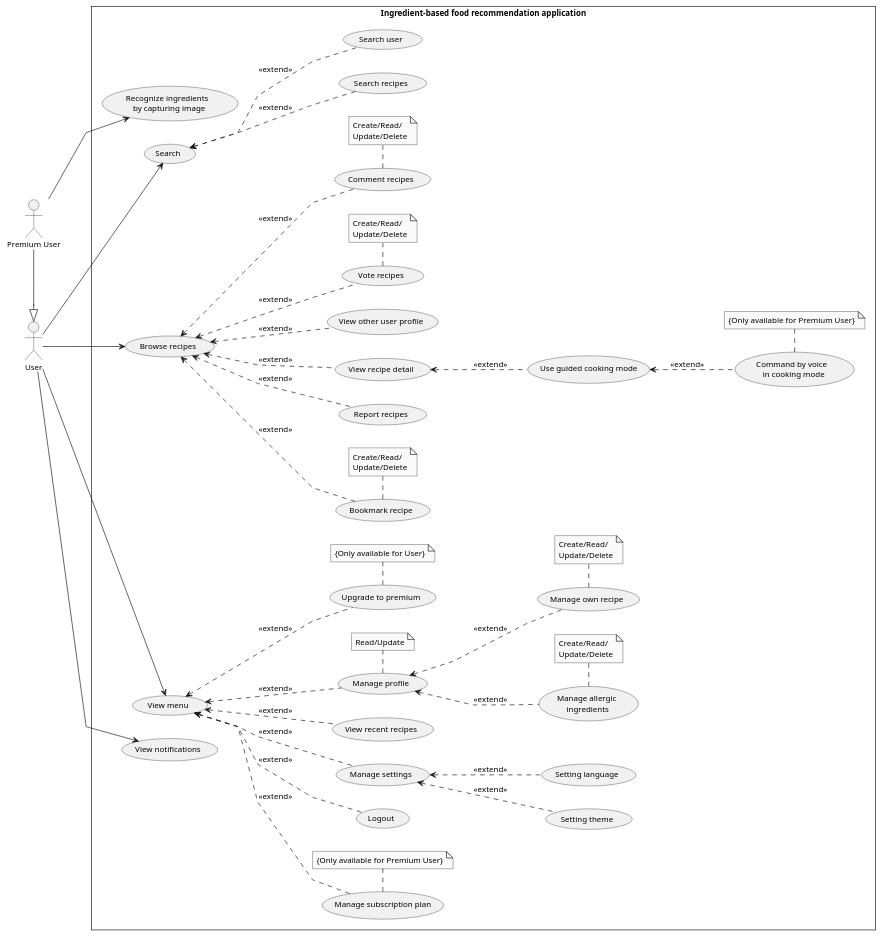
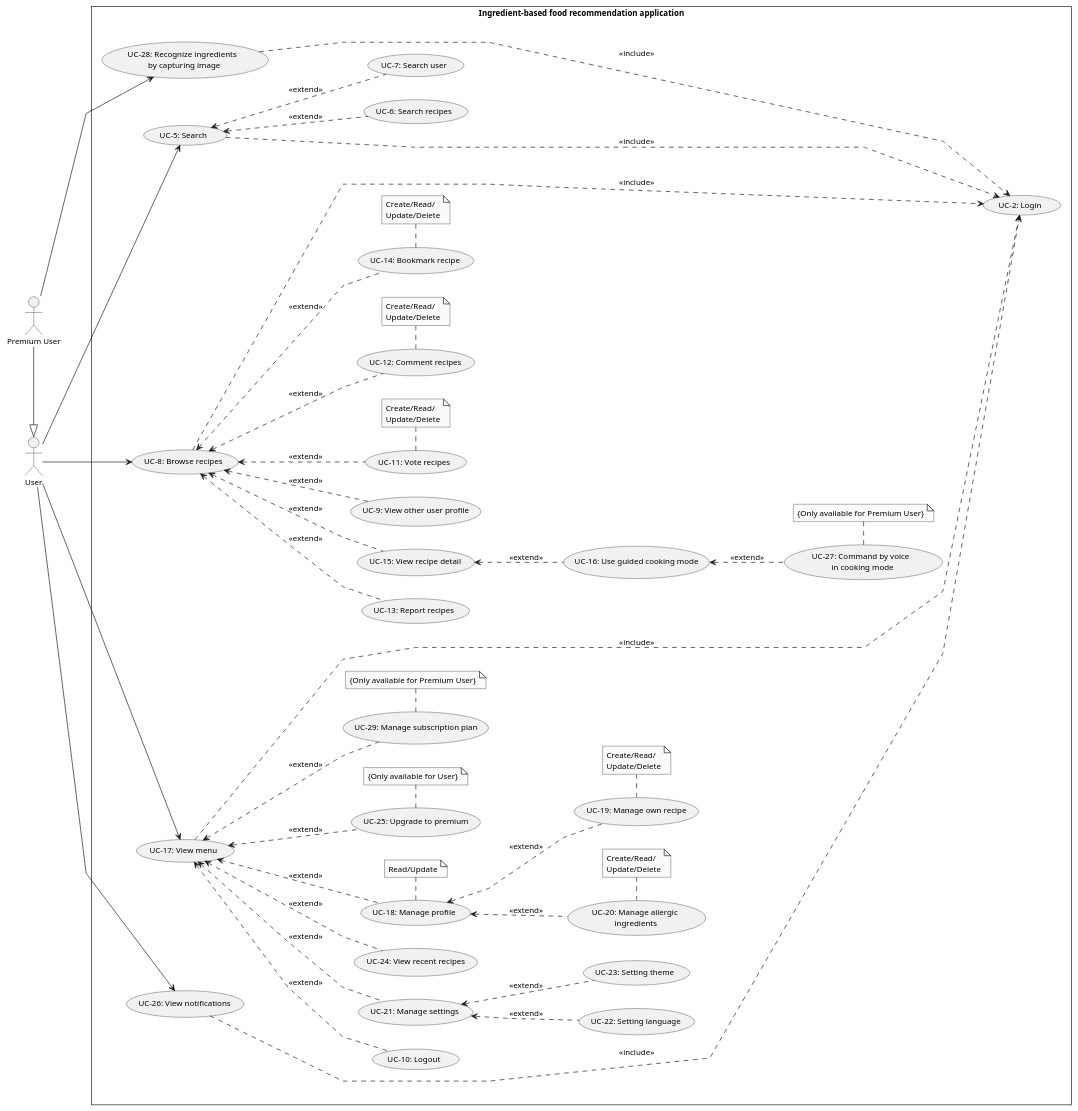
The diagram in doc/SRS/Usecase/UserUsecase.plantuml (Carl-Johnsons/tastopia), drawn with PlantUML before and after one commit. The commit also changed 2 other files, not shown here.

Commit message:
doc: add include login and numbering usecase

```diff
--- a/doc/SRS/Usecase/UserUsecase.plantuml
+++ b/doc/SRS/Usecase/UserUsecase.plantuml
@@ -1,103 +1,107 @@
 @startuml UserUsecase
 skinparam style strictuml
 skinparam monochrome true
 skinparam linetype polyline
 skinparam defaultFontSize 12
 left to right direction
 actor "User" as user
 actor "Premium User" as pUser
 ' actor "Admin" as admin
 rectangle Ingredient-based<U+0020>food<U+0020>recommendation<U+0020>application {
-    usecase "Logout" as ucLogout
+    usecase "UC-2: Login" as ucLogin
+    usecase "UC-10: Logout" as ucLogout
 
-    usecase "Search" as ucSearch
-    usecase "Search recipes" as ucSearchRecipes
-    usecase "Search user" as ucSearchUser
+    usecase "UC-5: Search" as ucSearch
+    usecase "UC-6: Search recipes" as ucSearchRecipes
+    usecase "UC-7: Search user" as ucSearchUser
 
-    usecase "Browse recipes" as ucBrowseRecipes
-    usecase "Vote recipes" as ucVoteRecipe
-    usecase "Comment recipes" as ucCmtRecipe
-    usecase "Report recipes" as ucReportRecipe
-    usecase "Bookmark recipe" as ucBookmarkRecipe
-    usecase "View recipe detail" as ucViewRecipeDetail
-    usecase "Use guided cooking mode" as ucGuidedCCM
-    usecase "View other user profile" as ucViewUSProfile
+    usecase "UC-8: Browse recipes" as ucBrowseRecipes
+    usecase "UC-11: Vote recipes" as ucVoteRecipe
+    usecase "UC-12: Comment recipes" as ucCmtRecipe
+    usecase "UC-13: Report recipes" as ucReportRecipe
+    usecase "UC-14: Bookmark recipe" as ucBookmarkRecipe
+    usecase "UC-15: View recipe detail" as ucViewRecipeDetail
+    usecase "UC-16: Use guided cooking mode" as ucGuidedCCM
+    usecase "UC-9: View other user profile" as ucViewUSProfile
 
-    usecase "View menu" as ucViewMenu
-    usecase "Manage profile" as ucManageProfile
-    usecase "Manage own recipe" as ucManageRecipe
-    usecase "Manage allergic\n ingredients" as ucManageAller
-    usecase "Manage settings" as ucManageSetting
-    usecase "Setting language" as ucSetLang
-    usecase "Setting theme" as ucSetTheme
-    usecase "View recent recipes" as ucViewRecentRecipes
-    usecase "Upgrade to premium" as ucUpgradeToPremium
+    usecase "UC-17: View menu" as ucViewMenu
+    usecase "UC-18: Manage profile" as ucManageProfile
+    usecase "UC-19: Manage own recipe" as ucManageRecipe
+    usecase "UC-20: Manage allergic\n ingredients" as ucManageAller
+    usecase "UC-21: Manage settings" as ucManageSetting
+    usecase "UC-22: Setting language" as ucSetLang
+    usecase "UC-23: Setting theme" as ucSetTheme
+    usecase "UC-24: View recent recipes" as ucViewRecentRecipes
+    usecase "UC-25: Upgrade to premium" as ucUpgradeToPremium
 
-    usecase "View notifications" as ucViewNotif
+    usecase "UC-26: View notifications" as ucViewNotif
+    
     note "Create/Read/\nUpdate/Delete" as noteManageRecipe
     note "Create/Read/\nUpdate/Delete" as noteManageAller
     note "Read/Update" as noteManageProfile
     note "Create/Read/\nUpdate/Delete" as noteVoteRecipe
     note "Create/Read/\nUpdate/Delete" as noteCmtRecipe
     note "Create/Read/\nUpdate/Delete" as noteBookmarkRecipe
     note "{Only available for User}" as noteUpgradeToPremium
 
-    
-'   usecase "View statistic" as ucViewStatistic
-'   usecase "View report" as ucViewRepost
-'   usecase "Administer users" as ucAdmUser
-'   usecase "Administer permission" as ucAdmPermis
-'   usecase "Administer recipes" as ucAdmRecipe
-'   usecase "Administer recipes" as ucAdmRecipes
-'   usecase "Administer ingredients" as ucAdmIngre
+
     user --> ucSearch
         ucSearch <.. ucSearchUser : <<extend>>
         ucSearch <.. ucSearchRecipes : <<extend>>
 
     user --> ucBrowseRecipes
         ucBrowseRecipes <.. ucVoteRecipe : <<extend>>
             ucVoteRecipe . noteVoteRecipe
         ucBrowseRecipes <.. ucCmtRecipe : <<extend>>
             ucCmtRecipe . noteCmtRecipe
         ucBrowseRecipes <.. ucReportRecipe : <<extend>>
         ucBrowseRecipes <.. ucViewRecipeDetail : <<extend>>
             ucViewRecipeDetail <.. ucGuidedCCM : <<extend>>
         ucBrowseRecipes <.. ucBookmarkRecipe : <<extend>>
             ucBookmarkRecipe . noteBookmarkRecipe
         ucBrowseRecipes <.. ucViewUSProfile : <<extend>>
 
     user --> ucViewMenu
         ucViewMenu <.. ucManageProfile : <<extend>>
             ucManageProfile . noteManageProfile
             ucManageProfile <.. ucManageRecipe : <<extend>>
                 ucManageRecipe . noteManageRecipe
             ucManageProfile <.. ucManageAller : <<extend>>
                 ucManageAller . noteManageAller
         ucViewMenu <.. ucManageSetting : <<extend>>
             ucManageSetting <.. ucSetLang : <<extend>>
             ucManageSetting <.. ucSetTheme : <<extend>>
         ucViewMenu <.. ucViewRecentRecipes : <<extend>>
         ucViewMenu <.. ucUpgradeToPremium : <<extend>>
             ucUpgradeToPremium . noteUpgradeToPremium
         ucViewMenu <.. ucLogout : <<extend>>
 
     user --> ucViewNotif
 
+    ucSearch .....> ucLogin : <<include>>
+    ucBrowseRecipes .....> ucLogin : <<include>>
+    ucViewMenu .....> ucLogin : <<include>>
+    ucViewNotif .....>ucLogin : <<include>>
 
-    usecase "Command by voice \n in cooking mode" as ucCommandVoiceCCM
-    usecase "Recognize ingredients \n by capturing image" as ucRecognizeIngre
-    usecase "Manage subscription plan" as ucMngSubcriptPlan
+
+    usecase "UC-27: Command by voice \n in cooking mode" as ucCommandVoiceCCM
+    usecase "UC-28: Recognize ingredients \n by capturing image" as ucRecognizeIngre
+    usecase "UC-29: Manage subscription plan" as ucMngSubcriptPlan
+    
 
     note "{Only available for Premium User}" as noteMngSubcriptPlan
     note "{Only available for Premium User}" as noteCommandVoiceCCM
 
 
     pUser -|> user
     pUser --> ucRecognizeIngre
     ucGuidedCCM <.. ucCommandVoiceCCM : <<extend>>
         ucCommandVoiceCCM . noteCommandVoiceCCM
     ucViewMenu <.. ucMngSubcriptPlan : <<extend>>
         ucMngSubcriptPlan . noteMngSubcriptPlan
+
+    ucRecognizeIngre .....> ucLogin : <<include>>
+
 }
 
 @enduml
```
